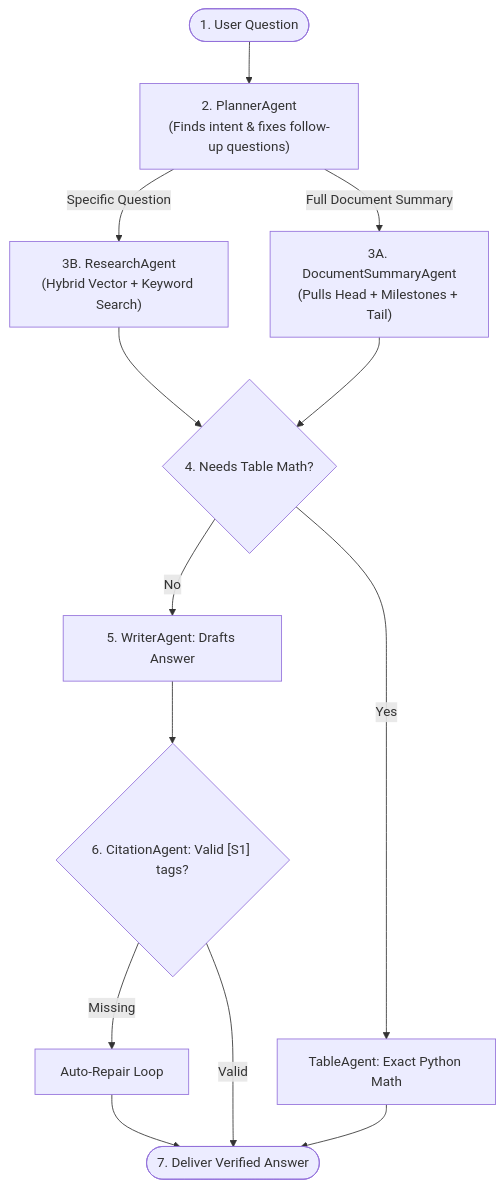
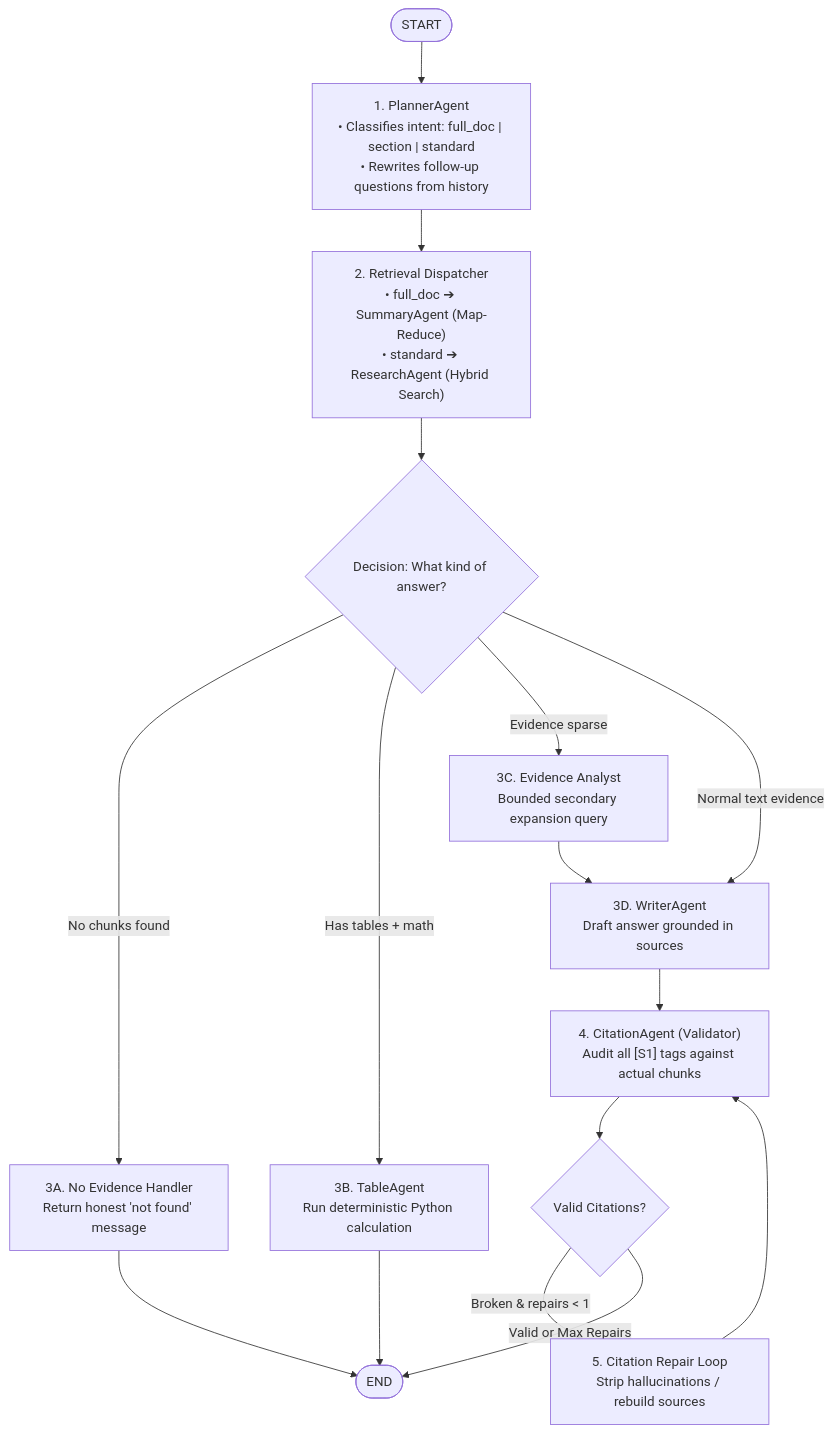
One commit to kartikkukde03/NexusRAG-Supervised-Multi-Agent-RAG-Platform- changed the second of 4 diagrams in architecture_plan.md. Above: the diagram before and after it, drawn with Mermaid. The commit also changed other lines of this file, not shown here.

Commit message:
docs: align architecture plan with functional system, orchestration, and memory sharing

````diff
--- a/architecture_plan.md
+++ b/architecture_plan.md
@@ -39,19 +52,26 @@
 ```mermaid
 flowchart TD
-    Q(["1. User Question"]) --> Planner["2. PlannerAgent\n(Finds intent & fixes follow-up questions)"]
+    Start([START]) --> Planner["1. PlannerAgent\n• Classifies intent: full_doc | section | standard\n• Rewrites follow-up questions from history"]
     
-    Planner -- "Full Document Summary" --> Summary["3A. DocumentSummaryAgent\n(Pulls Head + Milestones + Tail)"]
-    Planner -- "Specific Question" --> Search["3B. ResearchAgent\n(Hybrid Vector + Keyword Search)"]
+    Planner --> Retrieval["2. Retrieval Dispatcher\n• full_doc ➔ SummaryAgent (Map-Reduce)\n• standard ➔ ResearchAgent (Hybrid Search)"]
     
-    Search --> TableCheck{"4. Needs Table Math?"}
-    Summary --> TableCheck
+    Retrieval --> RoutePostRetrieval{"Decision: What kind of answer?"}
     
-    TableCheck -- "Yes" --> TableMath["TableAgent: Exact Python Math"]
-    TableCheck -- "No" --> Writer["5. WriterAgent: Drafts Answer"]
+    RoutePostRetrieval -->|No chunks found| NoEvidence["3A. No Evidence Handler\nReturn honest 'not found' message"]
+    RoutePostRetrieval -->|Has tables + math| TableNode["3B. TableAgent\nRun deterministic Python calculation"]
+    RoutePostRetrieval -->|Evidence sparse| AnalystNode["3C. Evidence Analyst\nBounded secondary expansion query"]
+    RoutePostRetrieval -->|Normal text evidence| WriterNode["3D. WriterAgent\nDraft answer grounded in sources"]
     
-    Writer --> CitationCheck{"6. CitationAgent: Valid [S1] tags?"}
-    CitationCheck -- "Missing" --> Repair["Auto-Repair Loop"]
-    Repair --> Done
-    CitationCheck -- "Valid" --> Done(["7. Deliver Verified Answer"])
-    TableMath --> Done
+    AnalystNode --> WriterNode
+    
+    WriterNode --> ValidatorNode["4. CitationAgent (Validator)\nAudit all [S1] tags against actual chunks"]
+    
+    ValidatorNode --> RouteAudit{"Valid Citations?"}
+    
+    RouteAudit -->|Broken & repairs < 1| RepairNode["5. Citation Repair Loop\nStrip hallucinations / rebuild sources"]
+    RepairNode --> ValidatorNode
+    
+    RouteAudit -->|Valid or Max Repairs| Finish([END])
+    NoEvidence --> Finish
+    TableNode --> Finish
 ```
````
